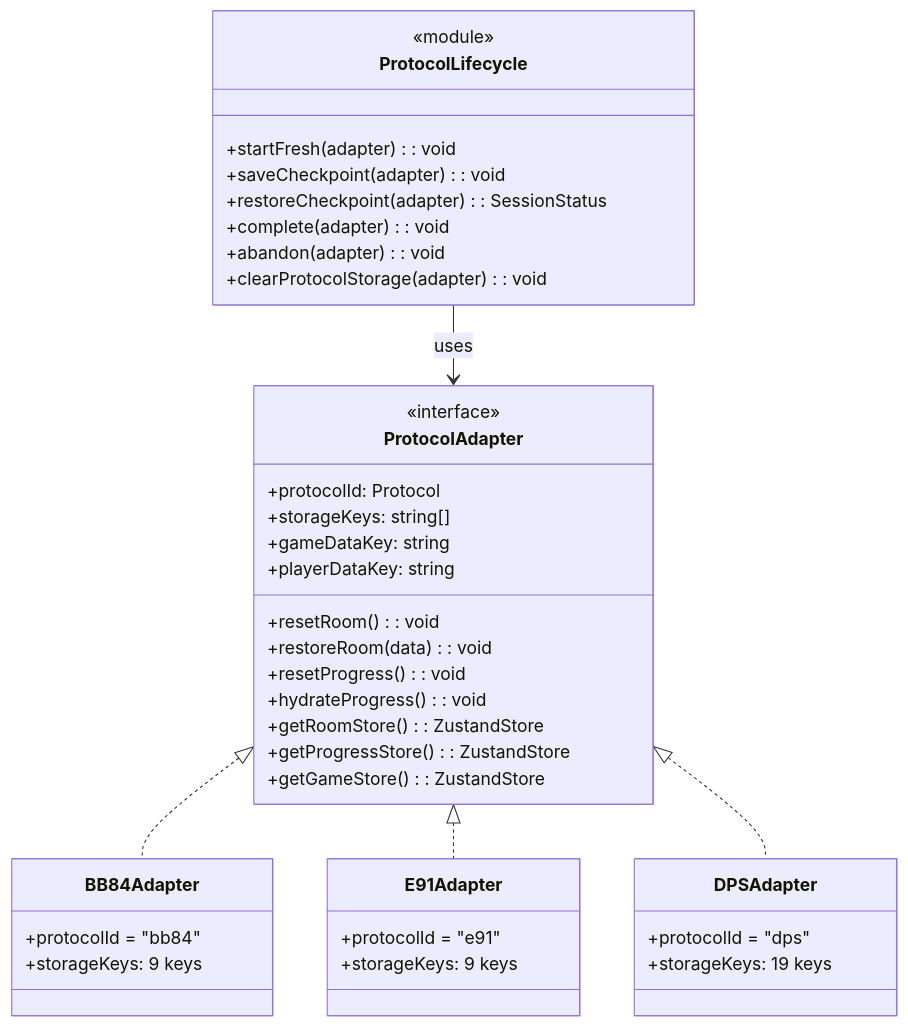
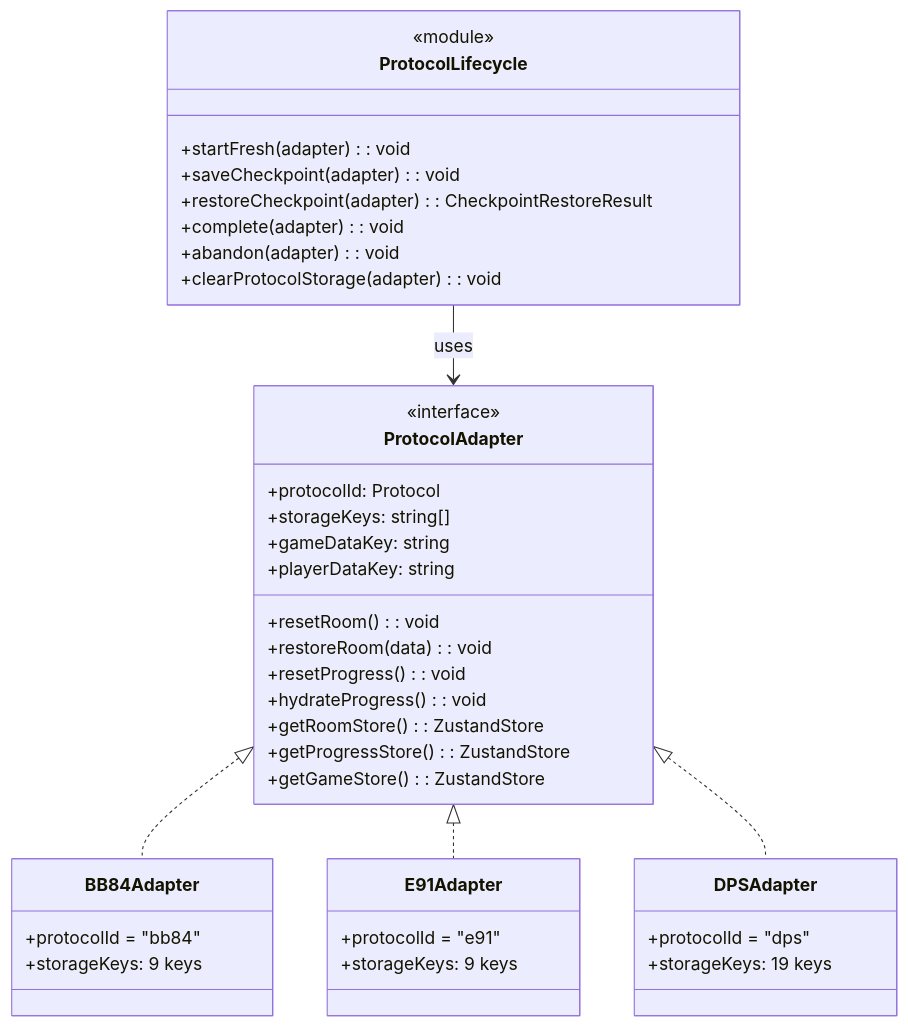
The first of 6 diagrams in docs/shared-protocol-lifecycle-adr.md (algolab-quantique/quantumcrypto-frontend), drawn with Mermaid before and after one commit. The commit also changed other lines of this file and 3 other files, not shown here.

````diff
--- a/docs/shared-protocol-lifecycle-adr.md
+++ b/docs/shared-protocol-lifecycle-adr.md
@@ -98,49 +98,49 @@
 ```mermaid
 classDiagram
     direction TB
 
     class ProtocolAdapter {
         <<interface>>
         +protocolId: Protocol
         +storageKeys: string[]
         +gameDataKey: string
         +playerDataKey: string
         +resetRoom(): void
         +restoreRoom(data): void
         +resetProgress(): void
         +hydrateProgress(): void
         +getRoomStore(): ZustandStore
         +getProgressStore(): ZustandStore
         +getGameStore(): ZustandStore
     }
 
     class ProtocolLifecycle {
         <<module>>
         +startFresh(adapter): void
         +saveCheckpoint(adapter): void
-        +restoreCheckpoint(adapter): SessionStatus
+        +restoreCheckpoint(adapter): CheckpointRestoreResult
         +complete(adapter): void
         +abandon(adapter): void
         +clearProtocolStorage(adapter): void
     }
 
     class BB84Adapter {
         +protocolId = "bb84"
         +storageKeys: 9 keys
     }
 
     class E91Adapter {
         +protocolId = "e91"
         +storageKeys: 9 keys
     }
 
     class DPSAdapter {
         +protocolId = "dps"
         +storageKeys: 19 keys
     }
 
     ProtocolAdapter <|.. BB84Adapter
     ProtocolAdapter <|.. E91Adapter
     ProtocolAdapter <|.. DPSAdapter
     ProtocolLifecycle --> ProtocolAdapter : uses
 ```
````
